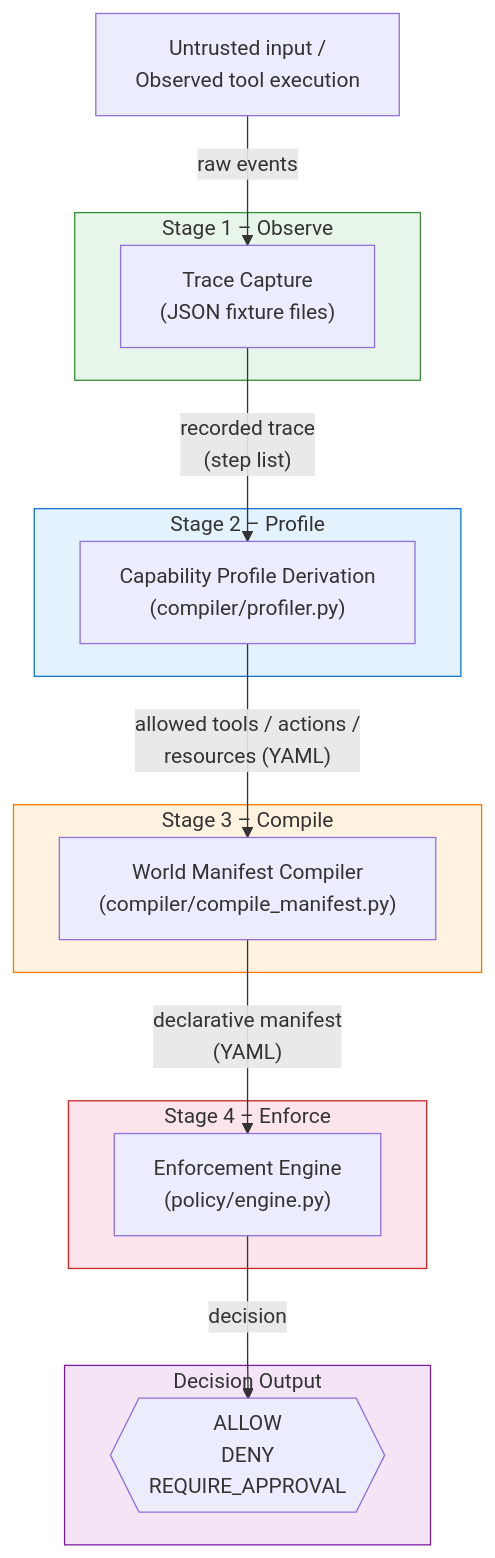
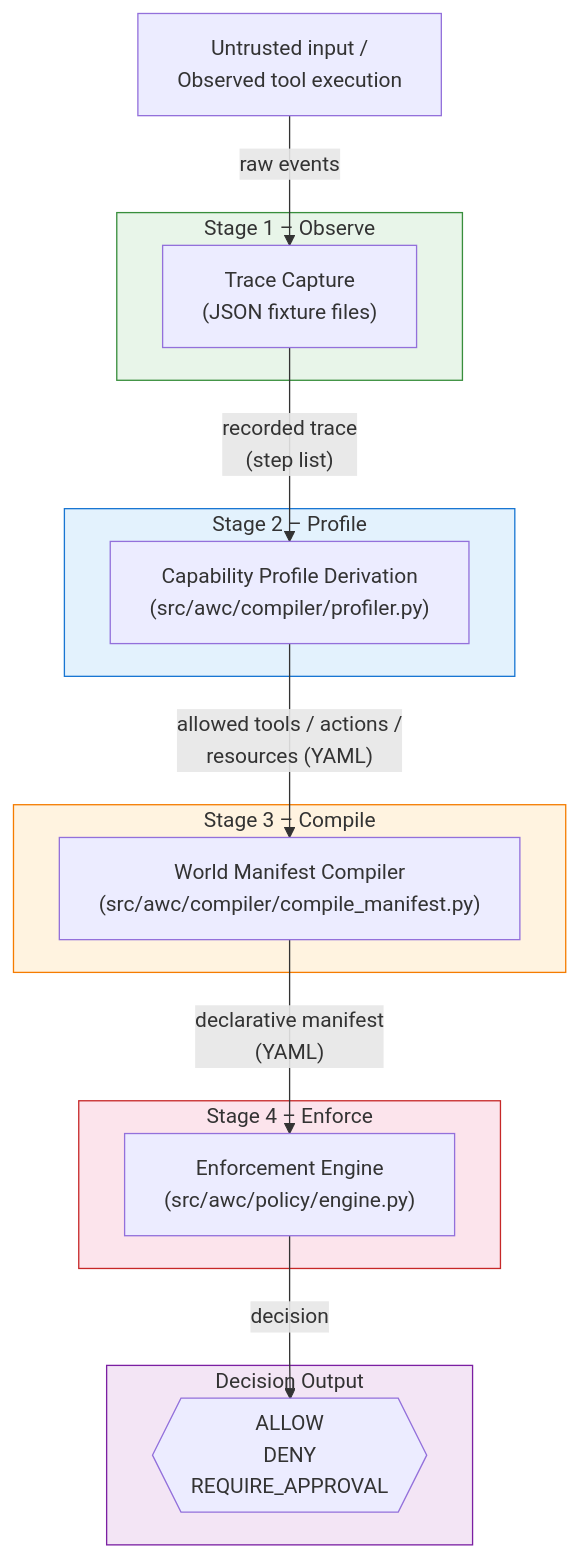
One commit to sv-pro/agent-world-compiler-poc changed the diagram in docs/architecture.md. Above: the diagram before and after it, drawn with Mermaid. The commit also changed other lines of this file and 39 other files, not shown here.

````diff
--- a/docs/architecture.md
+++ b/docs/architecture.md
@@ -8,38 +8,38 @@
 ```mermaid
 flowchart TD
     A["Untrusted input /\nObserved tool execution"] -->|"raw events"| B
 
     subgraph Observe["Stage 1 – Observe"]
         B["Trace Capture\n(JSON fixture files)"]
     end
 
     B -->|"recorded trace\n(step list)"| C
 
     subgraph Profile["Stage 2 – Profile"]
-        C["Capability Profile Derivation\n(compiler/profiler.py)"]
+        C["Capability Profile Derivation\n(src/awc/compiler/profiler.py)"]
     end
 
     C -->|"allowed tools / actions /\nresources (YAML)"| D
 
     subgraph Compile["Stage 3 – Compile"]
-        D["World Manifest Compiler\n(compiler/compile_manifest.py)"]
+        D["World Manifest Compiler\n(src/awc/compiler/compile_manifest.py)"]
     end
 
     D -->|"declarative manifest\n(YAML)"| E
 
     subgraph Enforce["Stage 4 – Enforce"]
-        E["Enforcement Engine\n(policy/engine.py)"]
+        E["Enforcement Engine\n(src/awc/policy/engine.py)"]
     end
 
     E -->|"decision"| F
 
     subgraph Output["Decision Output"]
         F{{"ALLOW\nDENY\nREQUIRE_APPROVAL"}}
     end
 
     style Observe  fill:#e8f5e9,stroke:#388e3c
     style Profile  fill:#e3f2fd,stroke:#1976d2
     style Compile  fill:#fff3e0,stroke:#f57c00
     style Enforce  fill:#fce4ec,stroke:#c62828
     style Output   fill:#f3e5f5,stroke:#7b1fa2
 ```
````
